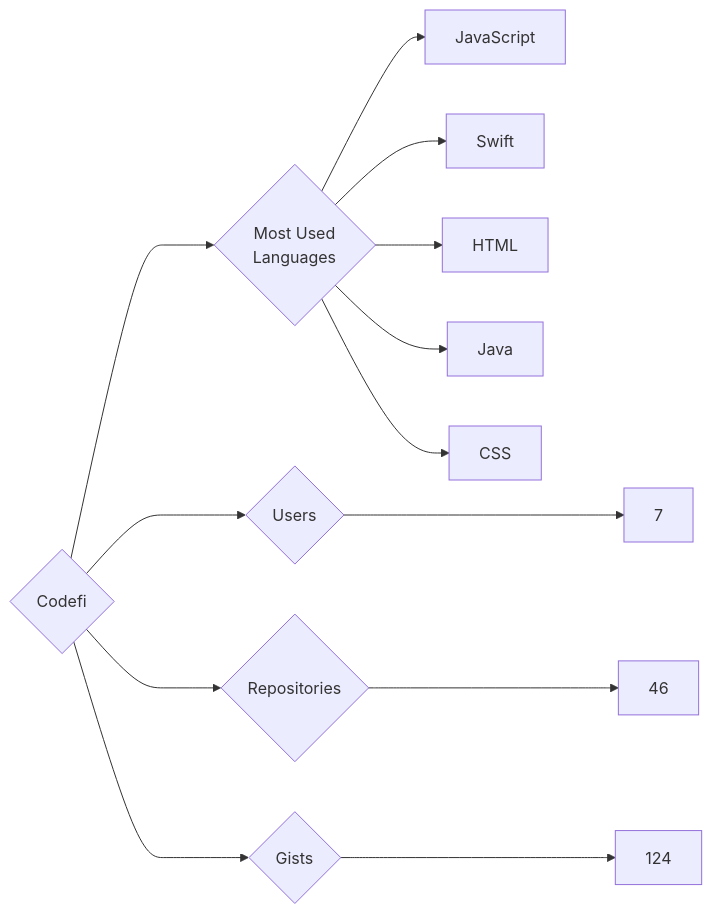
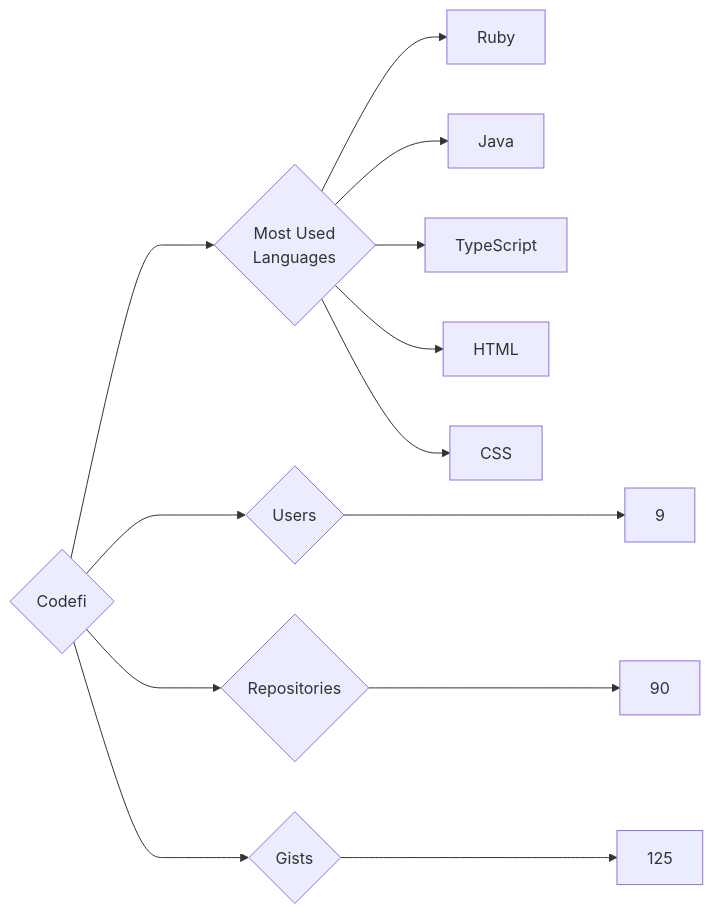
One commit to trickest/insiders changed the diagram in targets/Codefi/README.md. Above: the diagram before and after it, drawn with Mermaid. The commit also changed 775 other files, not shown here.

````diff
--- a/targets/Codefi/README.md
+++ b/targets/Codefi/README.md
@@ -3,13 +3,13 @@
 ```mermaid
 graph LR
 COMPANY_NAME{Codefi}
-COMPANY_NAME ---> U{Users} ---> UN[7]
-COMPANY_NAME ---> R{Repositories} ---> RN[46]
-COMPANY_NAME ---> G{Gists} ---> GN[124]
+COMPANY_NAME ---> U{Users} ---> UN[9]
+COMPANY_NAME ---> R{Repositories} ---> RN[90]
+COMPANY_NAME ---> G{Gists} ---> GN[125]
 COMPANY_NAME ---> ML{Most Used<br>Languages}
-ML --> JavaScript[JavaScript]
-ML --> Swift[Swift]
+ML --> Ruby[Ruby]
+ML --> Java[Java]
+ML --> TypeScript[TypeScript]
 ML --> HTML[HTML]
-ML --> Java[Java]
 ML --> CSS[CSS]
 ```
````
